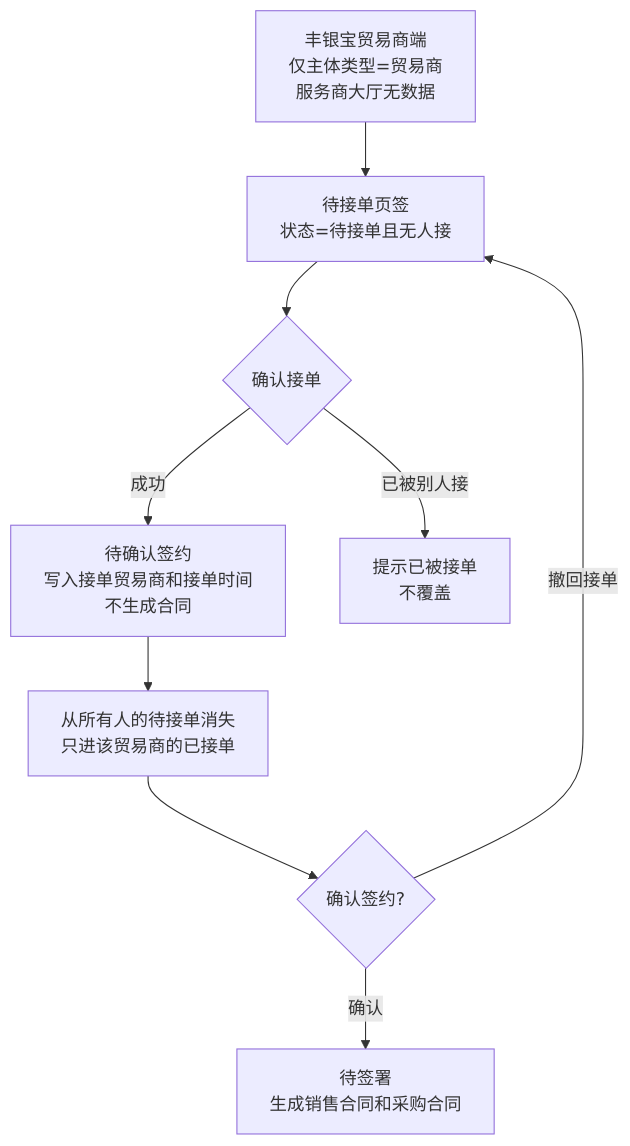
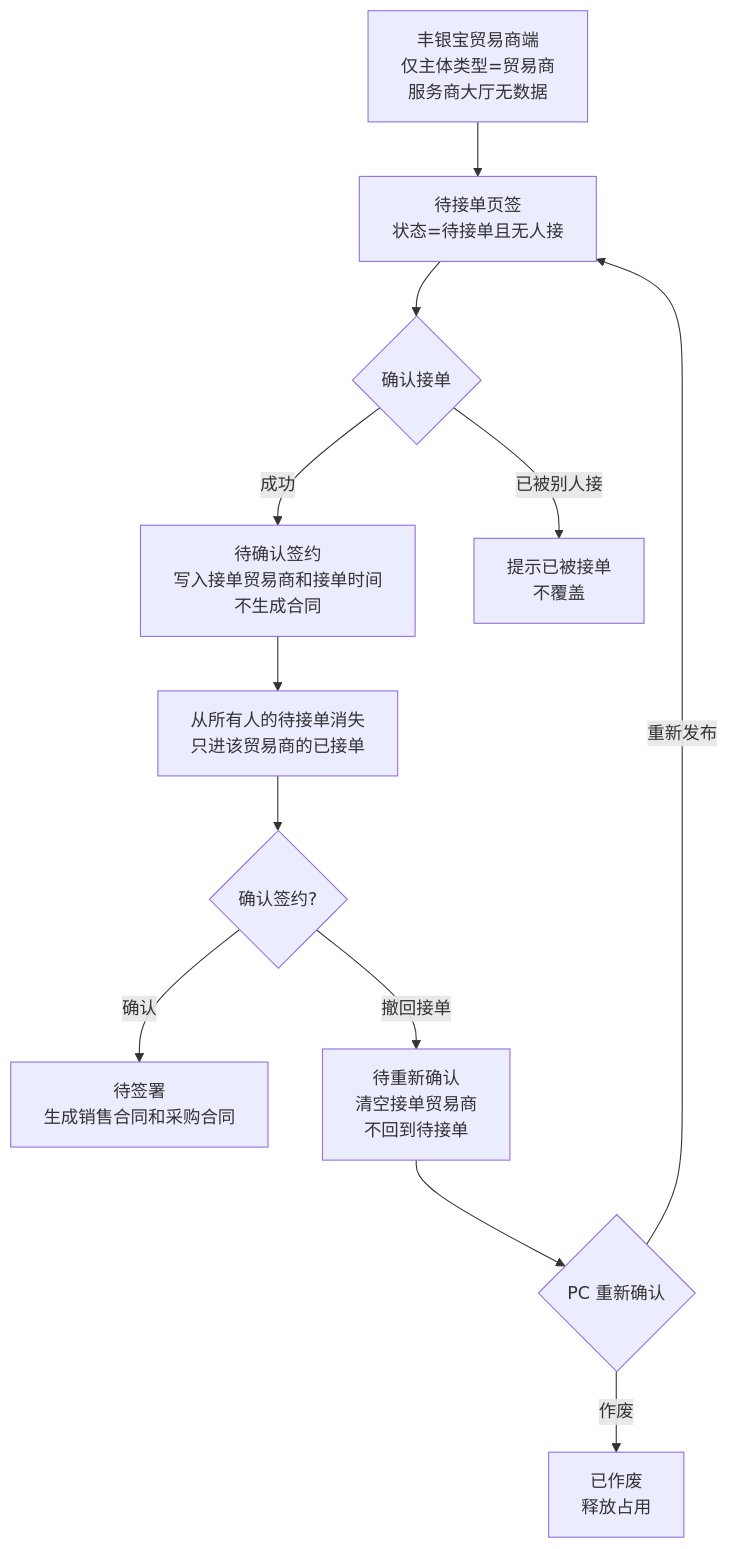
The sixth of 7 diagrams in RBT/docs/1-整体业务流程图.md (342-droid/LFerp), drawn with Mermaid before and after one commit. The commit also changed other lines of this file and 24 other files, not shown here.

````diff
--- a/RBT/docs/1-整体业务流程图.md
+++ b/RBT/docs/1-整体业务流程图.md
@@ -151,11 +151,14 @@
 ```mermaid
 flowchart TB
   T0[丰银宝贸易商端<br/>仅主体类型=贸易商<br/>服务商大厅无数据] --> T1[待接单页签<br/>状态=待接单且无人接]
   T1 --> T2{确认接单}
   T2 -->|成功| T3[待确认签约<br/>写入接单贸易商和接单时间<br/>不生成合同]
   T2 -->|已被别人接| T4[提示已被接单<br/>不覆盖]
   T3 --> T5[从所有人的待接单消失<br/>只进该贸易商的已接单]
   T5 --> T6{确认签约?}
   T6 -->|确认| T7[待签署<br/>生成销售合同和采购合同]
-  T6 -->|撤回接单| T1
+  T6 -->|撤回接单| T8[待重新确认<br/>清空接单贸易商<br/>不回到待接单]
+  T8 --> T9{PC 重新确认}
+  T9 -->|重新发布| T1
+  T9 -->|作废| T10[已作废<br/>释放占用]
 ```
````
